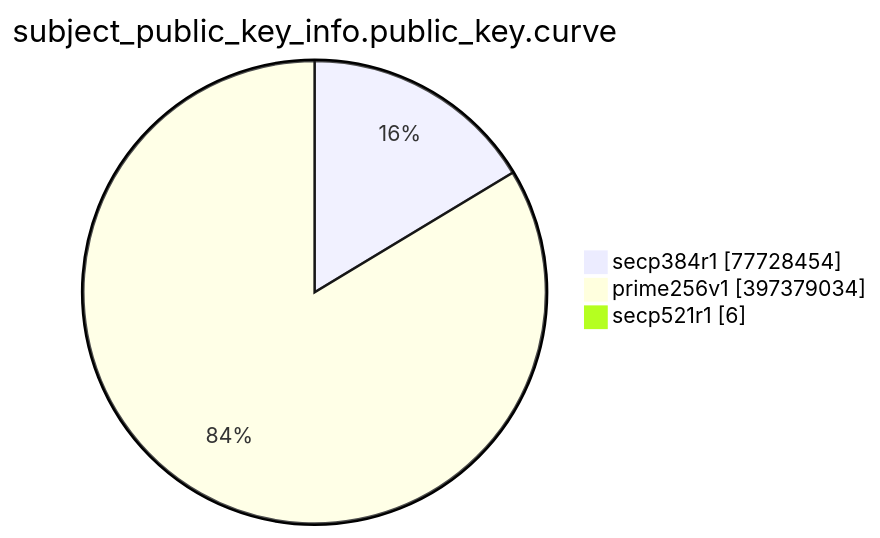
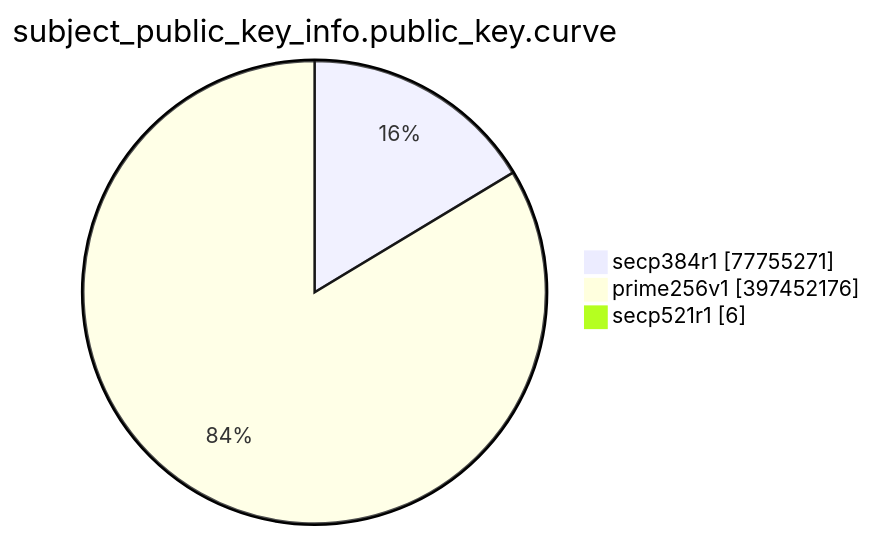
The eighth of 15 diagrams in TOTAL/README.md (christiankrug/ctmonitor_visualization), drawn with Mermaid before and after one commit. The commit also changed other lines of this file, not shown here.

````diff
--- a/TOTAL/README.md
+++ b/TOTAL/README.md
@@ -3095,7 +3095,7 @@
 ```mermaid
 pie showData
 title subject_public_key_info.public_key.curve
-"secp384r1" :77728454
-"prime256v1" :397379034
+"secp384r1" :77755271
+"prime256v1" :397452176
 "secp521r1" :6
 ```
````
